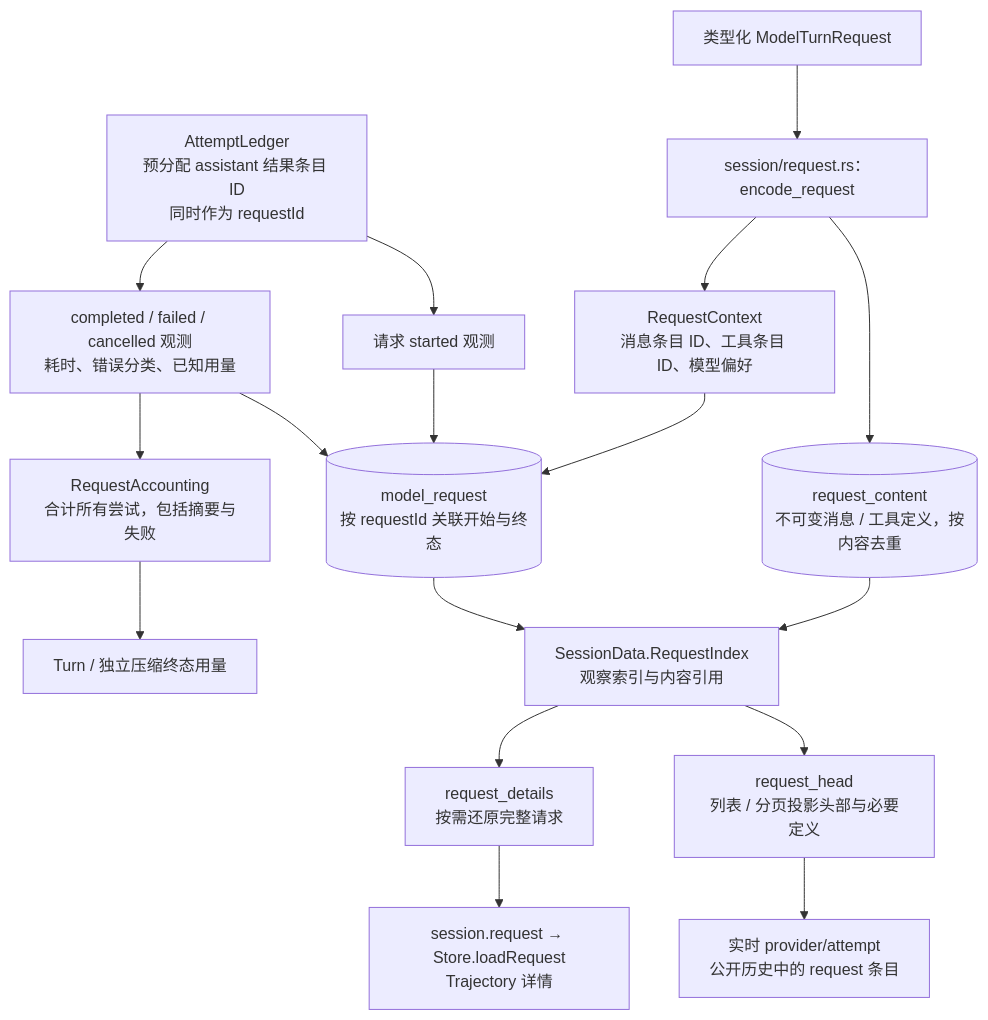
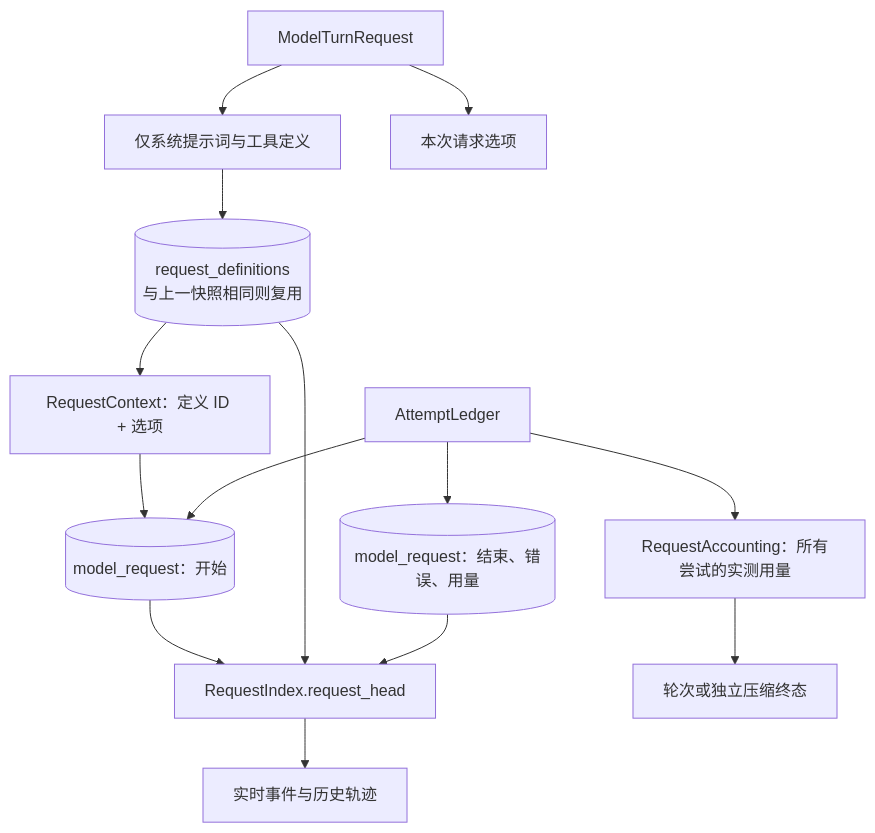
One commit to qjcnmd/singularity-agent changed diagram 26 of 29 in docs/singularity.md. Above: the diagram before and after it, drawn with Mermaid. The commit also changed other lines of this file and 99 other files, not shown here.

````diff
--- a/docs/singularity.md
+++ b/docs/singularity.md
@@ -687,19 +683,16 @@
 ```mermaid
 flowchart TB
-    Attempt["AttemptLedger<br/>预分配 assistant 结果条目 ID<br/>同时作为 requestId"] --> Start["请求 started 观测"]
-    Attempt --> Finish["completed / failed / cancelled 观测<br/>耗时、错误分类、已知用量"]
-    Request["类型化 ModelTurnRequest"] --> Encode["session/request.rs：encode_request"]
-    Encode --> Content[("request_content<br/>不可变消息 / 工具定义，按内容去重")]
-    Encode --> Context["RequestContext<br/>消息条目 ID、工具条目 ID、模型偏好"]
-    Context --> Observation[("model_request<br/>按 requestId 关联开始与终态")]
-    Start --> Observation
-    Finish --> Observation
-    Observation --> Index["SessionData.RequestIndex<br/>观察索引与内容引用"]
-    Content --> Index
-    Index --> Head["request_head<br/>列表 / 分页投影头部与必要定义"]
-    Index --> Details["request_details<br/>按需还原完整请求"]
-    Head --> Projection["实时 provider/attempt<br/>公开历史中的 request 条目"]
-    Details --> RPC["session.request → Store.loadRequest<br/>Trajectory 详情"]
-    Finish --> Usage["RequestAccounting<br/>合计所有尝试，包括摘要与失败"]
-    Usage --> Terminal["Turn / 独立压缩终态用量"]
+    Request["ModelTurnRequest"] --> Definitions["仅系统提示词与工具定义"]
+    Definitions --> Snapshot[("request_definitions<br/>与上一快照相同则复用")]
+    Request --> Preferences["本次请求选项"]
+    Snapshot --> Reference["RequestContext：定义 ID + 选项"]
+    Reference --> Start[("model_request：开始")]
+    Attempt["AttemptLedger"] --> Start
+    Attempt --> End[("model_request：结束、错误、用量")]
+    Start --> Head["RequestIndex.request_head"]
+    Snapshot --> Head
+    End --> Head
+    Head --> UI["实时事件与历史轨迹"]
+    Attempt --> Usage["RequestAccounting：所有尝试的实测用量"]
+    Usage --> Terminal["轮次或独立压缩终态"]
 ```
````
